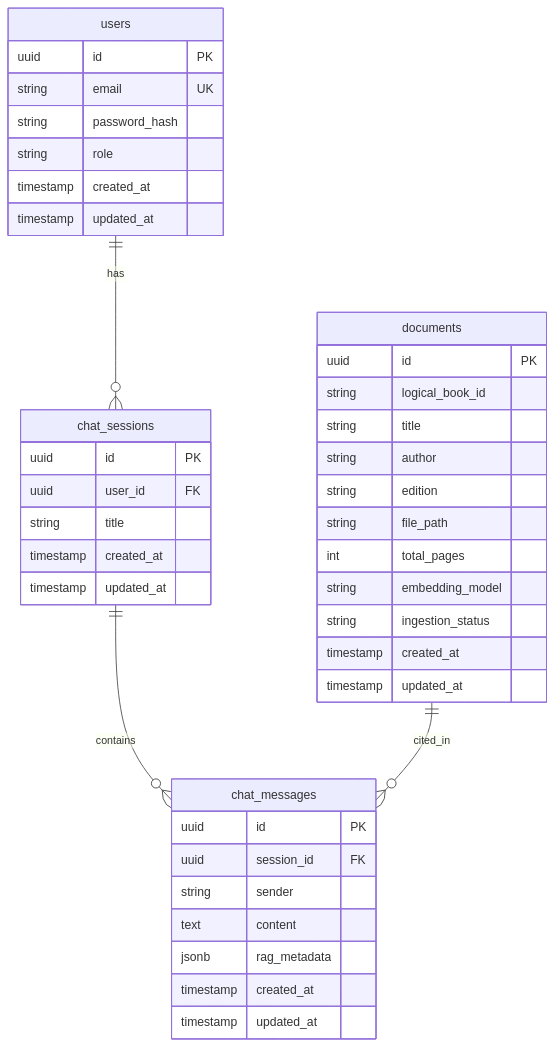
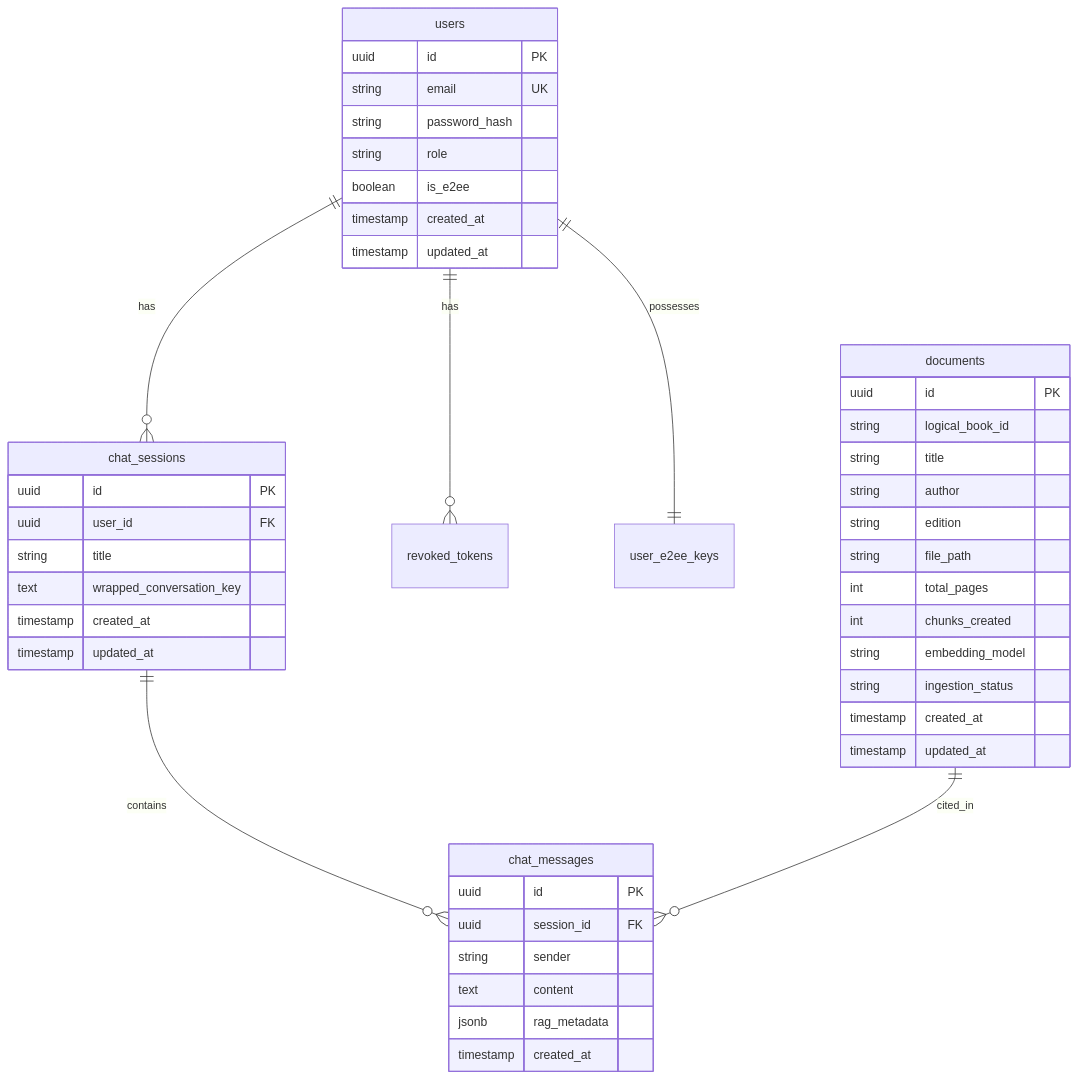
One commit to shashigemini/cs698-repo changed the second of 5 diagrams in docs/ARCHITECTURE.md. Above: the diagram before and after it, drawn with Mermaid. The commit also changed other lines of this file and 53 other files, not shown here.

````diff
--- a/docs/ARCHITECTURE.md
+++ b/docs/ARCHITECTURE.md
@@ -269,47 +299,51 @@
 ```mermaid
 erDiagram
     users ||--o{ chat_sessions : "has"
+    users ||--o{ revoked_tokens : "has"
+    users ||--|| user_e2ee_keys : "possesses"
     chat_sessions ||--o{ chat_messages : "contains"
     documents ||--o{ chat_messages : "cited_in"
     
     users {
         uuid id PK
         string email UK
         string password_hash
         string role
+        boolean is_e2ee
         timestamp created_at
         timestamp updated_at
     }
     
     chat_sessions {
         uuid id PK
         uuid user_id FK
         string title
+        text wrapped_conversation_key
         timestamp created_at
         timestamp updated_at
     }
     
     chat_messages {
         uuid id PK
         uuid session_id FK
         string sender
         text content
         jsonb rag_metadata
         timestamp created_at
-        timestamp updated_at
     }
     
     documents {
         uuid id PK
         string logical_book_id
         string title
         string author
         string edition
         string file_path
         int total_pages
+        int chunks_created
         string embedding_model
         string ingestion_status
         timestamp created_at
         timestamp updated_at
     }
 ```
````
